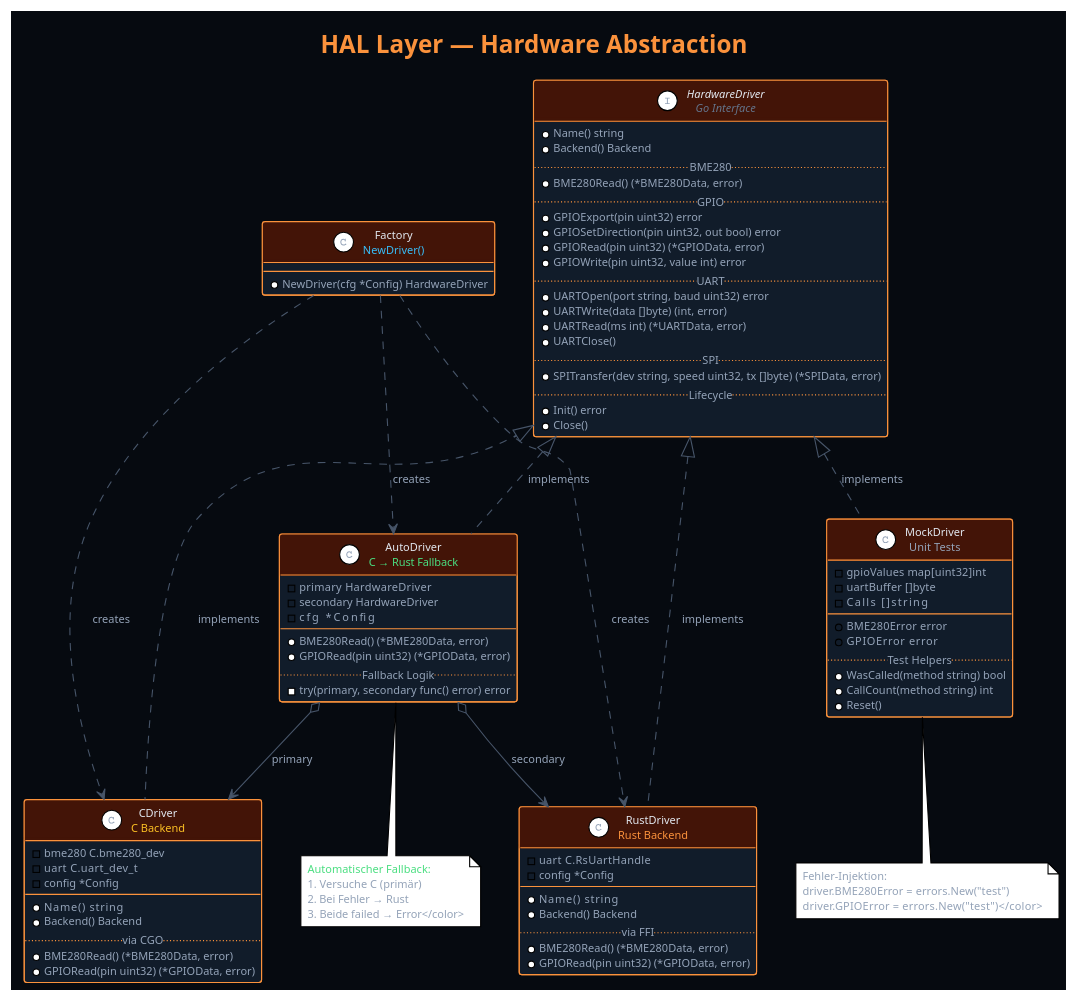
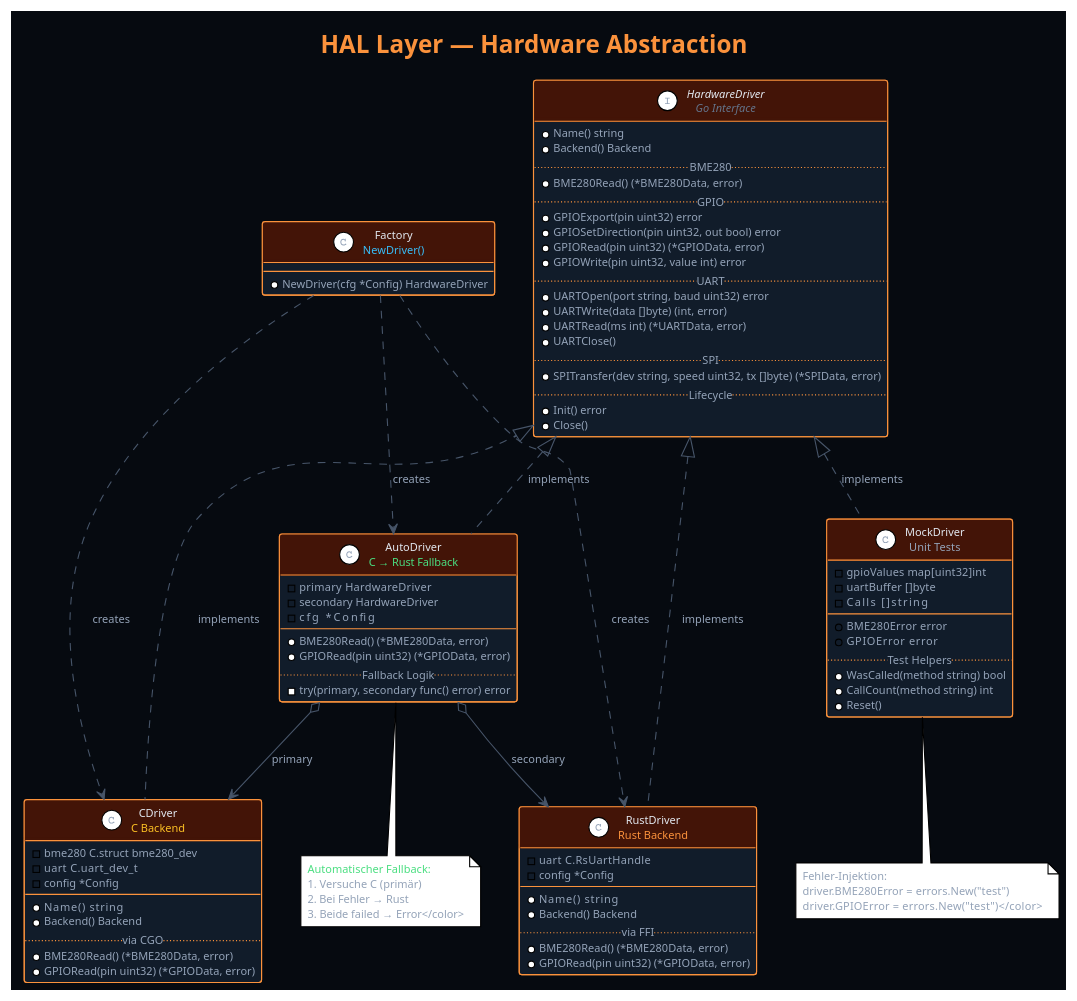
The diagram in arch/diagrams/05_hal_layer.puml (paul-fleischmann-com/beaglebone_black), drawn with PlantUML before and after one commit. The commit also changed 5 other files, not shown here.

```diff
--- a/arch/diagrams/05_hal_layer.puml
+++ b/arch/diagrams/05_hal_layer.puml
@@ -1,116 +1,116 @@
 @startuml 05_hal_layer
 !theme plain
 skinparam backgroundColor #060a10
 skinparam defaultFontColor #94a3b8
 skinparam defaultFontName "JetBrains Mono"
 skinparam defaultFontSize 10
 skinparam ArrowColor #475569
 skinparam classStyle rectangle
 
 skinparam class {
   BackgroundColor #111c2a
   BorderColor #fb923c
   FontColor #e2e8f0
   HeaderBackgroundColor #431407
   HeaderFontColor #fb923c
 }
 
 title <color:#fb923c><b>HAL Layer — Hardware Abstraction</b></color>
 
 interface "HardwareDriver\n<color:#64748b>Go Interface</color>" as IFACE {
   + Name() string
   + Backend() Backend
   ..BME280..
   + BME280Read() (*BME280Data, error)
   ..GPIO..
   + GPIOExport(pin uint32) error
   + GPIOSetDirection(pin uint32, out bool) error
   + GPIORead(pin uint32) (*GPIOData, error)
   + GPIOWrite(pin uint32, value int) error
   ..UART..
   + UARTOpen(port string, baud uint32) error
   + UARTWrite(data []byte) (int, error)
   + UARTRead(ms int) (*UARTData, error)
   + UARTClose()
   ..SPI..
   + SPITransfer(dev string, speed uint32, tx []byte) (*SPIData, error)
   ..Lifecycle..
   + Init() error
   + Close()
 }
 
 class "CDriver\n<color:#fbbf24>C Backend</color>" as CD {
-  - bme280 C.bme280_dev
+  - bme280 C.struct bme280_dev
   - uart   C.uart_dev_t
   - config *Config
   --
   + Name()    string
   + Backend() Backend
   ..via CGO..
   + BME280Read() (*BME280Data, error)
   + GPIORead(pin uint32) (*GPIOData, error)
 }
 
 class "RustDriver\n<color:#fb923c>Rust Backend</color>" as RD {
   - uart   C.RsUartHandle
   - config *Config
   --
   + Name()    string
   + Backend() Backend
   ..via FFI..
   + BME280Read() (*BME280Data, error)
   + GPIORead(pin uint32) (*GPIOData, error)
 }
 
 class "AutoDriver\n<color:#4ade80>C → Rust Fallback</color>" as AD {
   - primary   HardwareDriver
   - secondary HardwareDriver
   - cfg       *Config
   --
   + BME280Read() (*BME280Data, error)
   + GPIORead(pin uint32) (*GPIOData, error)
   ..Fallback Logik..
   - try(primary, secondary func() error) error
 }
 
 class "MockDriver\n<color:#94a3b8>Unit Tests</color>" as MD {
   - gpioValues  map[uint32]int
   - uartBuffer  []byte
   - Calls       []string
   --
   + BME280Error  error
   + GPIOError    error
   ..Test Helpers..
   + WasCalled(method string) bool
   + CallCount(method string) int
   + Reset()
 }
 
 class "Factory\n<color:#38bdf8>NewDriver()</color>" as FAC {
   + NewDriver(cfg *Config) HardwareDriver
 }
 
 IFACE <|.. CD   : implements
 IFACE <|.. RD   : implements
 IFACE <|.. AD   : implements
 IFACE <|.. MD   : implements
 FAC   ..> CD    : creates
 FAC   ..> RD    : creates
 FAC   ..> AD    : creates
 AD    o--> CD   : primary
 AD    o--> RD   : secondary
 
 note bottom of AD
   <color:#4ade80>Automatischer Fallback:
   1. Versuche C (primär)
   2. Bei Fehler → Rust
   3. Beide failed → Error</color>
 end note
 
 note bottom of MD
   <color:#94a3b8>Fehler-Injektion:
   driver.BME280Error = errors.New("test")
   driver.GPIOError   = errors.New("test")</color>
 end note
 
 @enduml
```
